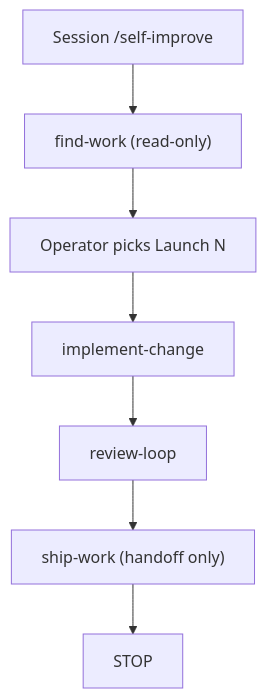
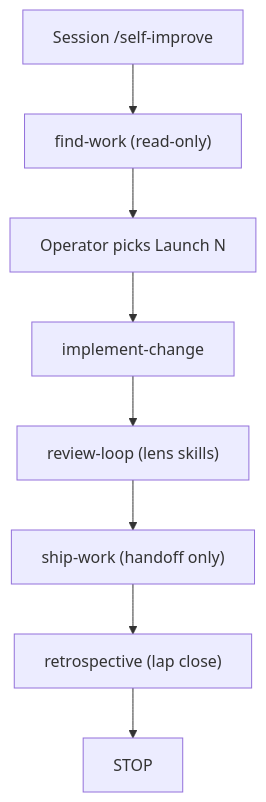
Before and after one commit to Apocrathia/home-assistant-config: the diagram in .agents/skills/self-improve/SKILL.md, drawn with Mermaid. The commit also changed other lines of this file and 58 other files, not shown here.

````diff
--- a/.agents/skills/self-improve/SKILL.md
+++ b/.agents/skills/self-improve/SKILL.md
@@ -24,10 +24,11 @@
 ```mermaid
 flowchart TD
   start[Session /self-improve]
   start --> findWork["find-work (read-only)"]
   findWork --> pick[Operator picks Launch N]
   pick --> impl[implement-change]
-  impl --> review[review-loop]
+  impl --> review["review-loop (lens skills)"]
   review --> ship["ship-work (handoff only)"]
-  ship --> stop[STOP]
+  ship --> retro["retrospective (lap close)"]
+  retro --> stop[STOP]
 ```
````
